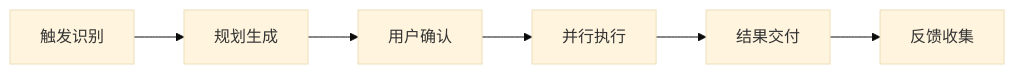
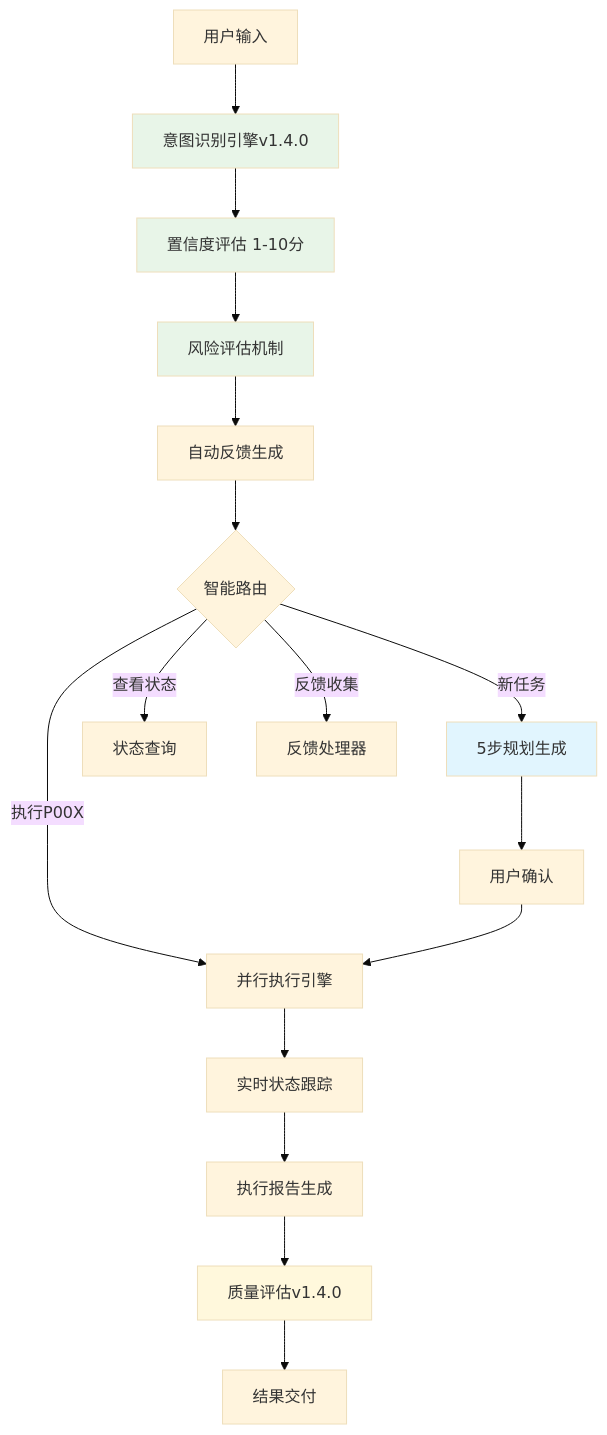
One commit to imjszhang/background-agent-spec changed the diagram in README.md. Above: the diagram before and after it, drawn with Mermaid (base theme). The commit also changed other lines of this file and 14 other files, not shown here.

````diff
--- a/README.md
+++ b/README.md
@@ -49,8 +80,26 @@
 ```mermaid
-graph LR
-    A[触发识别] --> B[规划生成]
-    B --> C[用户确认] 
-    C --> D[并行执行]
-    D --> E[结果交付]
-    E --> F[反馈收集]
+graph TD
+    A[用户输入] --> B[意图识别引擎v1.4.0]
+    B --> B1[置信度评估 1-10分]
+    B1 --> B2[风险评估机制]
+    B2 --> B3[自动反馈生成]
+    B3 --> C{智能路由}
+    
+    C -->|新任务| D[5步规划生成]
+    C -->|执行P00X| G[并行执行引擎]
+    C -->|查看状态| J[状态查询]
+    C -->|反馈收集| R[反馈处理器]
+    
+    D --> E[用户确认]
+    E --> G
+    G --> H[实时状态跟踪]
+    H --> I[执行报告生成]
+    I --> I1[质量评估v1.4.0]
+    I1 --> K[结果交付]
+    
+    style B fill:#e8f5e8
+    style B1 fill:#e8f5e8
+    style B2 fill:#e8f5e8
+    style I1 fill:#fff8dc
+    style D fill:#e1f5fe
 ```
````
